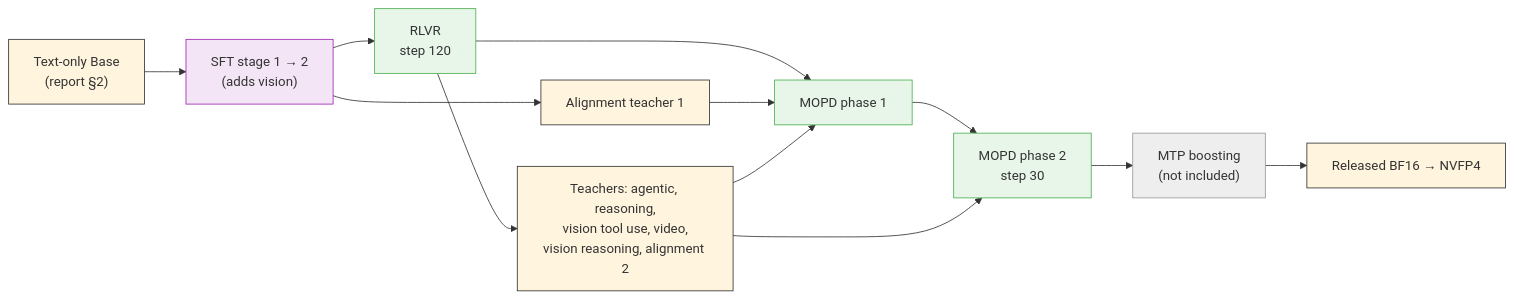
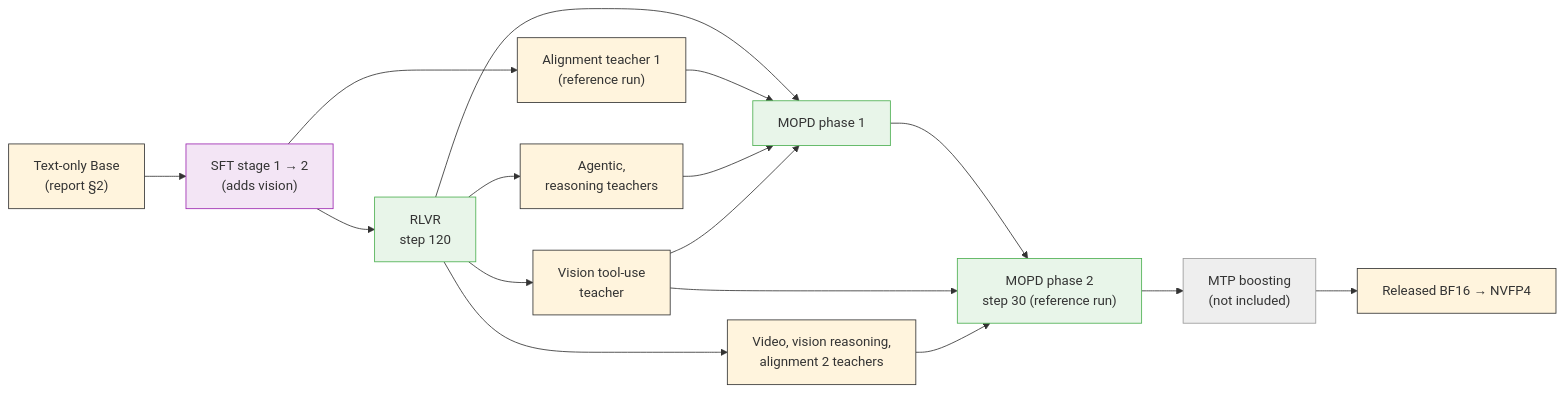
Before and after one commit to NVIDIA-NeMo/Nemotron: the first of 3 diagrams in docs/nemotron/super35/README.md, drawn with Mermaid. The commit also changed other lines of this file and 92 other files, not shown here.

````diff
--- a/docs/nemotron/super35/README.md
+++ b/docs/nemotron/super35/README.md
@@ -126,21 +126,25 @@
 ```mermaid
 %%{init: {'theme': 'base', 'themeVariables': { 'primaryBorderColor': '#333333', 'lineColor': '#333333', 'primaryTextColor': '#333333'}}}%%
 flowchart LR
     base["Text-only Base<br/>(report §2)"] --> sft["SFT stage 1 → 2<br/>(adds vision)"]
     sft --> rlvr["RLVR<br/>step 120"]
-    sft --> h1["Alignment teacher 1"]
-    rlvr --> teachers["Teachers: agentic, reasoning,<br/>vision tool use, video,<br/>vision reasoning, alignment 2"]
+    sft --> h1["Alignment teacher 1<br/>(reference run)"]
+    rlvr --> t1["Agentic,<br/>reasoning teachers"]
+    rlvr --> tv["Vision tool-use<br/>teacher"]
+    rlvr --> t2["Video, vision reasoning,<br/>alignment 2 teachers"]
     rlvr --> m1["MOPD phase 1"]
     h1 --> m1
-    teachers --> m1
-    m1 --> m2["MOPD phase 2<br/>step 30"]
-    teachers --> m2
+    t1 --> m1
+    tv --> m1
+    m1 --> m2["MOPD phase 2<br/>step 30 (reference run)"]
+    tv --> m2
+    t2 --> m2
     m2 --> boost["MTP boosting<br/>(not included)"]
     boost --> rel["Released BF16 → NVFP4"]
 
     style sft fill:#f3e5f5,stroke:#9c27b0
     style rlvr fill:#e8f5e9,stroke:#4caf50
     style m1 fill:#e8f5e9,stroke:#4caf50
     style m2 fill:#e8f5e9,stroke:#4caf50
     style boost fill:#eeeeee,stroke:#999999
 ```
````
